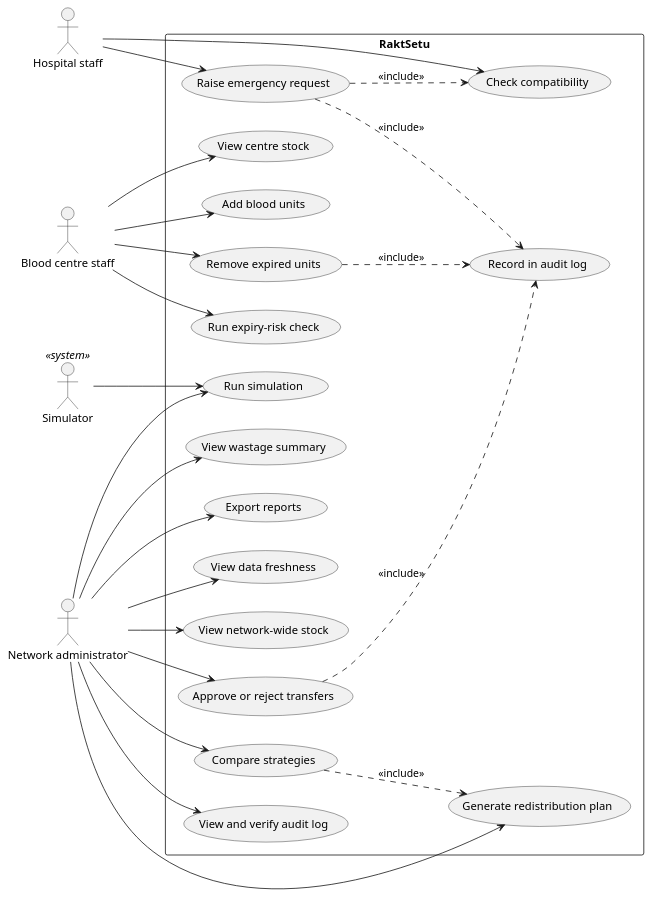
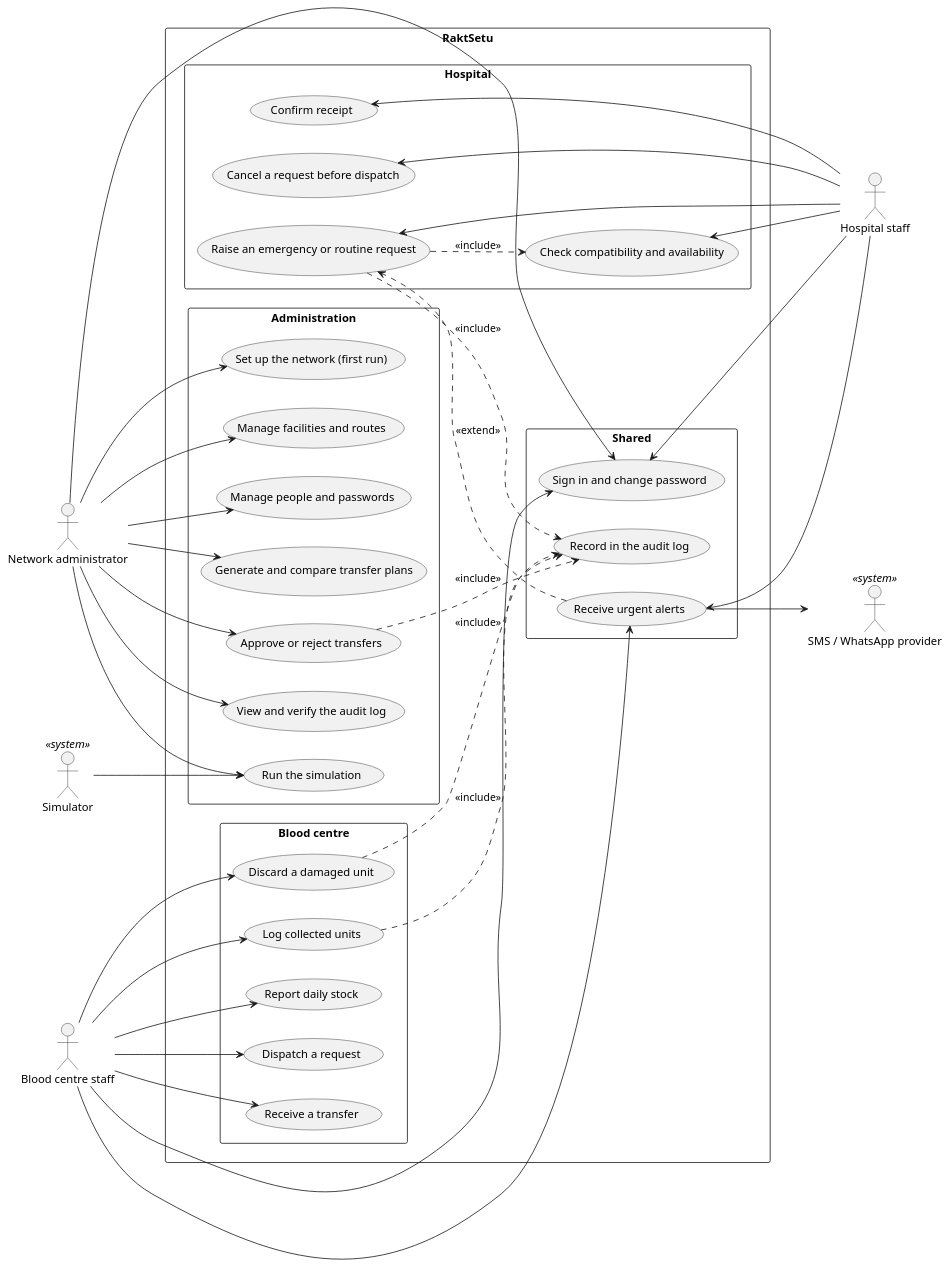
Before and after one commit to pritikakhandelwal/raktsetu: the diagram in docs/uml/use-case.puml, drawn with PlantUML. The commit also changed 2 other files, not shown here.

Commit message:
Update the use case and package diagrams to the web app
The use case diagram now covers sign-in, setup, people, dispatch, cancellation
and urgent alerts, grouped by role; the package diagram adds raktsetu-server,
raktsetu-bench, the web front end and the simulator's use of persistence.

```diff
--- a/docs/uml/use-case.puml
+++ b/docs/uml/use-case.puml
@@ -1,52 +1,73 @@
 @startuml use-case
-' RaktSetu use-case diagram (v1, Phase 0)
+' RaktSetu use cases (v2): the web app's three roles, the console and simulator, and external systems.
+' Actors on the left use the arrows' tails; hospital staff and the SMS provider sit on the right.
 left to right direction
 skinparam packageStyle rectangle
 
+actor "Network administrator" as Admin
 actor "Blood centre staff" as Staff
+actor "Simulator" as Sim <<system>>
 actor "Hospital staff" as Hosp
-actor "Network administrator" as Admin
-actor "Simulator" as Sim <<system>>
+actor "SMS / WhatsApp provider" as Sms <<system>>
 
 rectangle RaktSetu {
-  usecase "View centre stock" as UC1
-  usecase "Add blood units" as UC3
-  usecase "Remove expired units" as UCX
-  usecase "Run expiry-risk check" as UC6
-  usecase "Raise emergency request" as UC4
-  usecase "Check compatibility" as UC5
-  usecase "View network-wide stock" as UC2
-  usecase "Generate redistribution plan" as UC7
-  usecase "Compare strategies" as UC8
-  usecase "Approve or reject transfers" as UC9
-  usecase "View and verify audit log" as UC10
-  usecase "Run simulation" as UC11
-  usecase "View wastage summary" as UC12
-  usecase "Export reports" as UC13
-  usecase "View data freshness" as UC14
-  usecase "Record in audit log" as AUD
+  package "Administration" {
+    usecase "Set up the network (first run)" as Setup
+    usecase "Manage facilities and routes" as Facilities
+    usecase "Manage people and passwords" as People
+    usecase "Generate and compare transfer plans" as Plan
+    usecase "Approve or reject transfers" as Approve
+    usecase "View and verify the audit log" as Audit
+    usecase "Run the simulation" as Simulate
+  }
+  package "Blood centre" {
+    usecase "Log collected units" as Log
+    usecase "Report daily stock" as Report
+    usecase "Dispatch a request" as Dispatch
+    usecase "Receive a transfer" as ReceiveT
+    usecase "Discard a damaged unit" as Discard
+  }
+  package "Hospital" {
+    usecase "Raise an emergency or routine request" as Raise
+    usecase "Cancel a request before dispatch" as Cancel
+    usecase "Confirm receipt" as Confirm
+    usecase "Check compatibility and availability" as Check
+  }
+  package "Shared" {
+    usecase "Sign in and change password" as SignIn
+    usecase "Receive urgent alerts" as Alerts
+    usecase "Record in the audit log" as Record
+  }
 }
 
-Staff --> UC1
-Staff --> UC3
-Staff --> UCX
-Staff --> UC6
-Hosp --> UC4
-Hosp --> UC5
-Admin --> UC2
-Admin --> UC7
-Admin --> UC8
-Admin --> UC9
-Admin --> UC10
-Admin --> UC11
-Admin --> UC12
-Admin --> UC13
-Admin --> UC14
-Sim --> UC11
+Admin --> Setup
+Admin --> Facilities
+Admin --> People
+Admin --> Plan
+Admin --> Approve
+Admin --> Audit
+Admin --> Simulate
+Admin --> SignIn
+Sim --> Simulate
+Staff --> Log
+Staff --> Report
+Staff --> Dispatch
+Staff --> ReceiveT
+Staff --> Discard
+Staff --> SignIn
+Staff --> Alerts
+Raise <-- Hosp
+Cancel <-- Hosp
+Confirm <-- Hosp
+Check <-- Hosp
+SignIn <-- Hosp
+Alerts <-- Hosp
+Alerts --> Sms
 
-UC4 ..> UC5 : <<include>>
-UC4 ..> AUD : <<include>>
-UC9 ..> AUD : <<include>>
-UCX ..> AUD : <<include>>
-UC8 ..> UC7 : <<include>>
+Raise ..> Check : <<include>>
+Raise ..> Record : <<include>>
+Approve ..> Record : <<include>>
+Log ..> Record : <<include>>
+Discard ..> Record : <<include>>
+Alerts ..> Raise : <<extend>>
 @enduml
```
